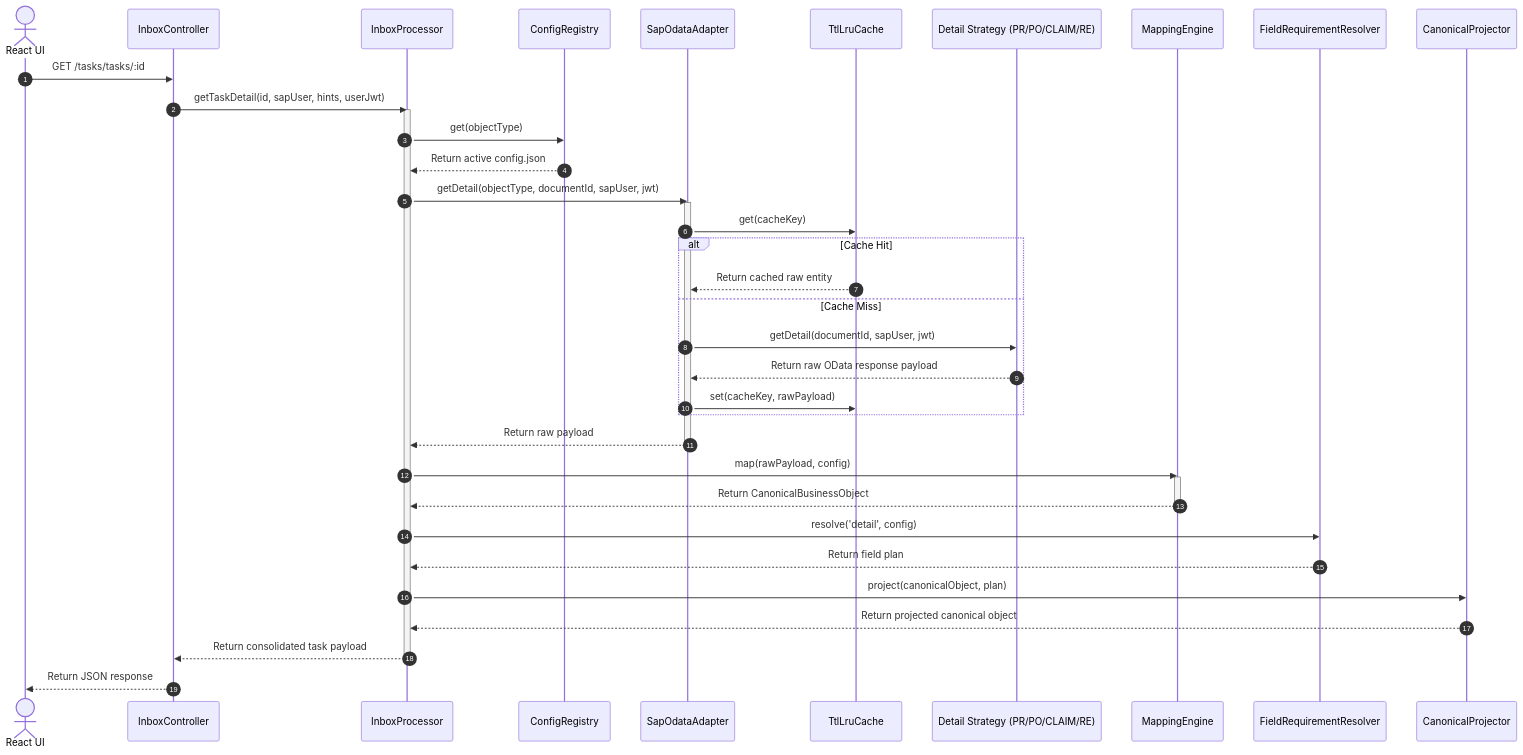
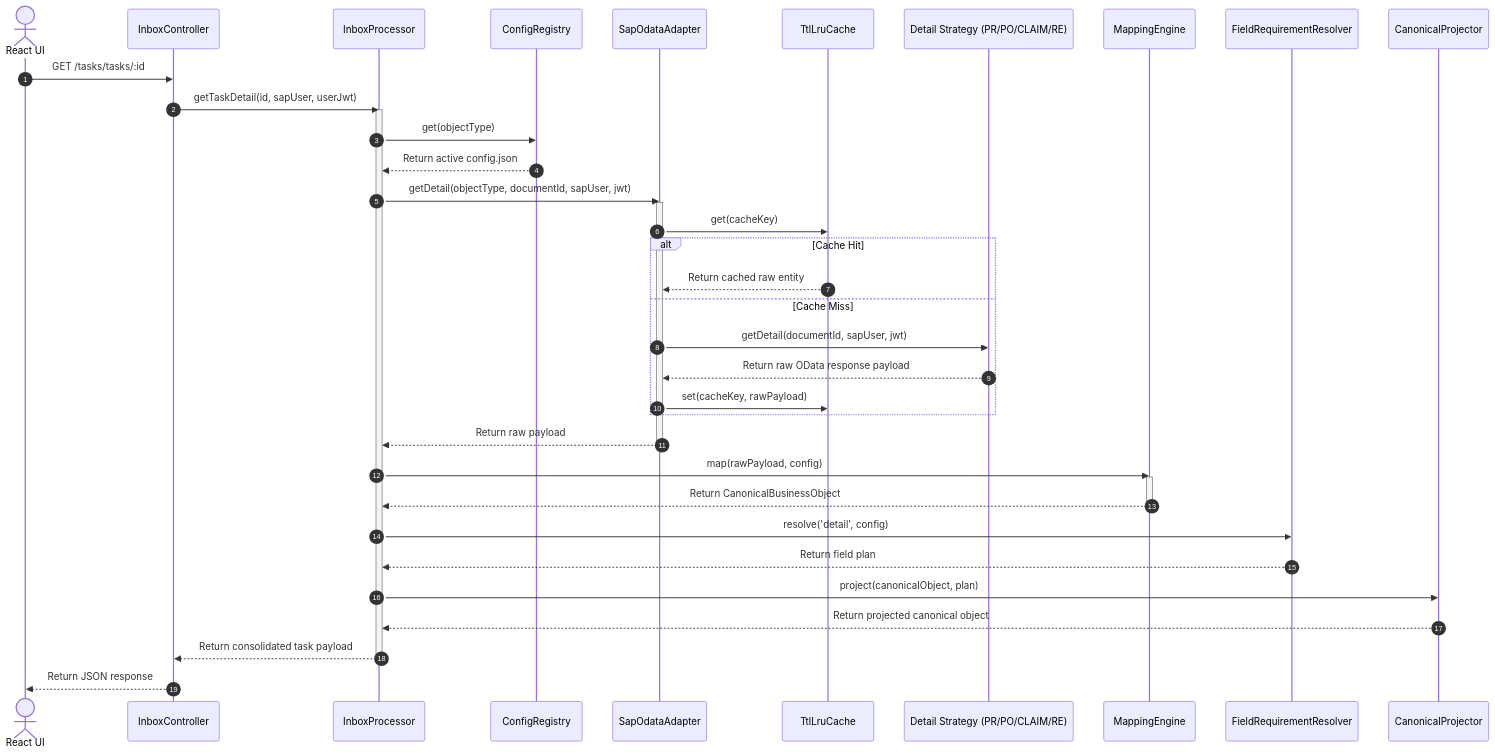
Before and after one commit to mindinh/approval-app: the second of 2 diagrams in docs/technical/01-architecture/01-overview.md, drawn with Mermaid. The commit also changed other lines of this file and 5 other files, not shown here.

Commit message:
docs: sync architecture components endpoints with v1.0.16

````diff
--- a/docs/technical/01-architecture/01-overview.md
+++ b/docs/technical/01-architecture/01-overview.md
@@ -97,49 +97,49 @@
 ```mermaid
 sequenceDiagram
     autonumber
     actor Client as React UI
     participant Ctrl as InboxController
     participant Proc as InboxProcessor
     participant Reg as ConfigRegistry
     participant Adapter as SapOdataAdapter
     participant Cache as TtlLruCache
     participant Strategy as Detail Strategy (PR/PO/CLAIM/RE)
     participant MapEng as MappingEngine
     participant Res as FieldRequirementResolver
     participant Proj as CanonicalProjector
 
     Client->>Ctrl: GET /tasks/tasks/:id
-    Ctrl->>Proc: getTaskDetail(id, sapUser, hints, userJwt)
+    Ctrl->>Proc: getTaskDetail(id, sapUser, userJwt)
     
     activate Proc
     Proc->>Reg: get(objectType)
     Reg-->>Proc: Return active config.json
     
     Proc->>Adapter: getDetail(objectType, documentId, sapUser, jwt)
     activate Adapter
     Adapter->>Cache: get(cacheKey)
     alt Cache Hit
         Cache-->>Adapter: Return cached raw entity
     else Cache Miss
         Adapter->>Strategy: getDetail(documentId, sapUser, jwt)
         Strategy-->>Adapter: Return raw OData response payload
         Adapter->>Cache: set(cacheKey, rawPayload)
     end
     Adapter-->>Proc: Return raw payload
     deactivate Adapter
     
     Proc->>MapEng: map(rawPayload, config)
     activate MapEng
     MapEng-->>Proc: Return CanonicalBusinessObject
     deactivate MapEng
 
     Proc->>Res: resolve('detail', config)
     Res-->>Proc: Return field plan
     
     Proc->>Proj: project(canonicalObject, plan)
     Proj-->>Proc: Return projected canonical object
     
     Proc-->>Ctrl: Return consolidated task payload
     deactivate Proc
     Ctrl-->>Client: Return JSON response
 ```
````
